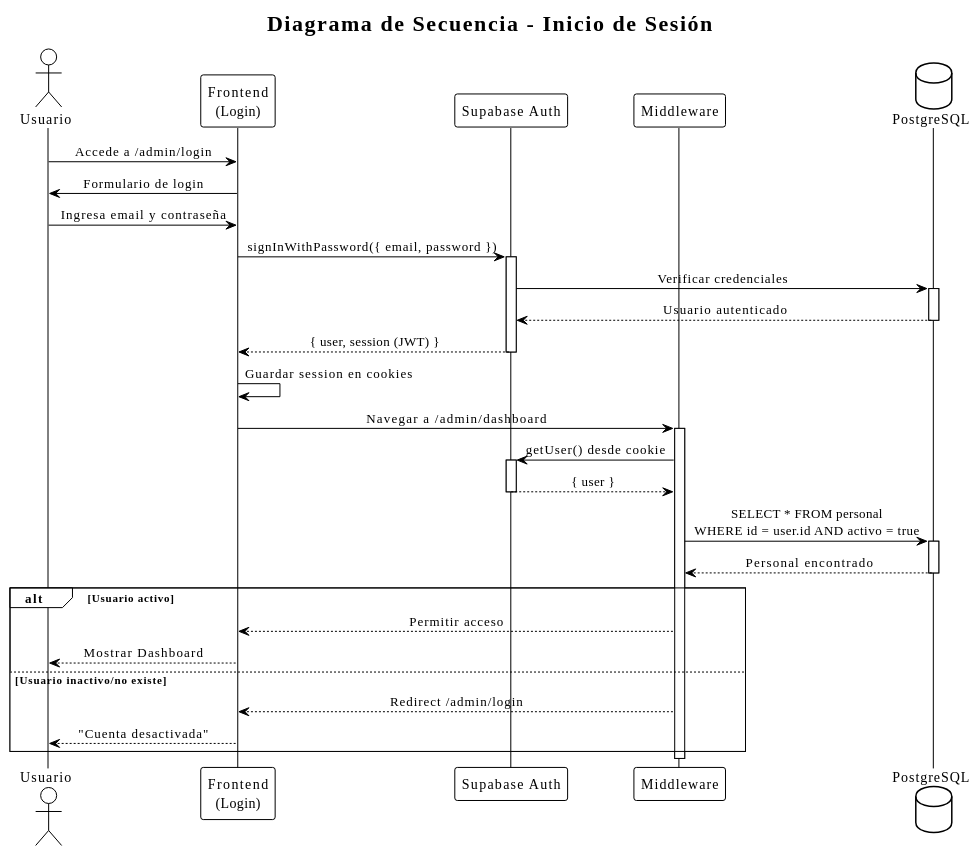
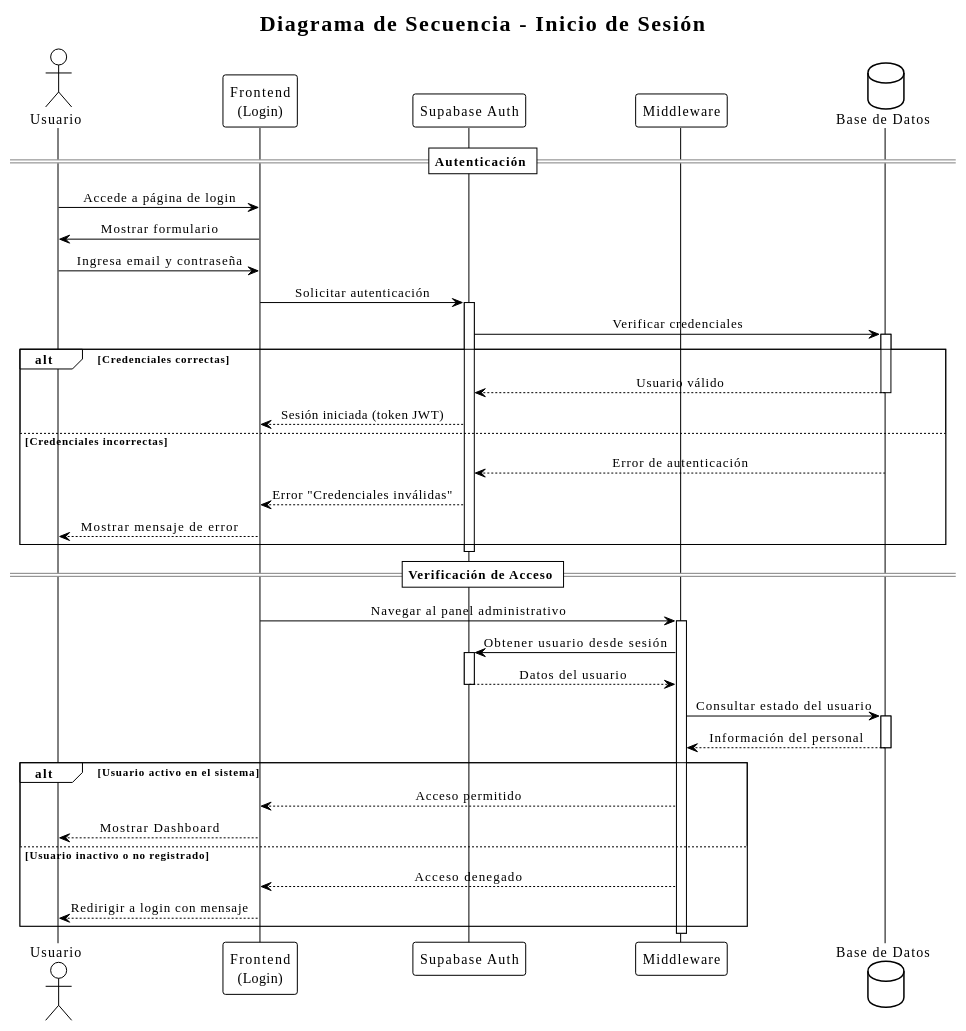
One commit to RDaniloMM/dental-company changed the fifth of 10 diagrams in DIAGRAMAS_UML.md. Above: the diagram before and after it, drawn with PlantUML. The commit also changed other lines of this file, not shown here.

Commit message:
Actualizar diagramas de secuencia: mejorar títulos, descripciones y formato en la recuperación de contraseña, interacción con chatbot y registro con código de invitación.

````diff
--- a/DIAGRAMAS_UML.md
+++ b/DIAGRAMAS_UML.md
@@ -557,54 +596,62 @@
 ```plantuml
 @startuml Secuencia_Login
 !theme plain
 skinparam sequenceMessageAlign center
 
 title Diagrama de Secuencia - Inicio de Sesión
 
 actor "Usuario" as User
 participant "Frontend\n(Login)" as Frontend
 participant "Supabase Auth" as Auth
 participant "Middleware" as MW
-database "PostgreSQL" as DB
+database "Base de Datos" as DB
 
-User -> Frontend: Accede a /admin/login
-Frontend -> User: Formulario de login
+== Autenticación ==
+
+User -> Frontend: Accede a página de login
+Frontend -> User: Mostrar formulario
 
 User -> Frontend: Ingresa email y contraseña
-Frontend -> Auth: signInWithPassword({ email, password })
+Frontend -> Auth: Solicitar autenticación
 activate Auth
 
 Auth -> DB: Verificar credenciales
 activate DB
-DB --> Auth: Usuario autenticado
+
+alt Credenciales correctas
+    DB --> Auth: Usuario válido
+    deactivate DB
+    Auth --> Frontend: Sesión iniciada (token JWT)
+else Credenciales incorrectas
+    DB --> Auth: Error de autenticación
+    Auth --> Frontend: Error "Credenciales inválidas"
+    Frontend --> User: Mostrar mensaje de error
+end
+deactivate Auth
+
+== Verificación de Acceso ==
+
+Frontend -> MW: Navegar al panel administrativo
+activate MW
+
+MW -> Auth: Obtener usuario desde sesión
+activate Auth
+Auth --> MW: Datos del usuario
+deactivate Auth
+
+MW -> DB: Consultar estado del usuario
+activate DB
+DB --> MW: Información del personal
 deactivate DB
 
-Auth --> Frontend: { user, session (JWT) }
-deactivate Auth
-
-Frontend -> Frontend: Guardar session en cookies
-
-Frontend -> MW: Navegar a /admin/dashboard
-activate MW
-
-MW -> Auth: getUser() desde cookie
-activate Auth
-Auth --> MW: { user }
-deactivate Auth
-
-MW -> DB: SELECT * FROM personal\nWHERE id = user.id AND activo = true
-activate DB
-DB --> MW: Personal encontrado
-deactivate DB
-
-alt Usuario activo
-    MW --> Frontend: Permitir acceso
+alt Usuario activo en el sistema
+    MW --> Frontend: Acceso permitido
     Frontend --> User: Mostrar Dashboard
-else Usuario inactivo/no existe
-    MW --> Frontend: Redirect /admin/login
-    Frontend --> User: "Cuenta desactivada"
+else Usuario inactivo o no registrado
+    MW --> Frontend: Acceso denegado
+    Frontend --> User: Redirigir a login con mensaje
 end
 deactivate MW
 
 @enduml
 ```
````
